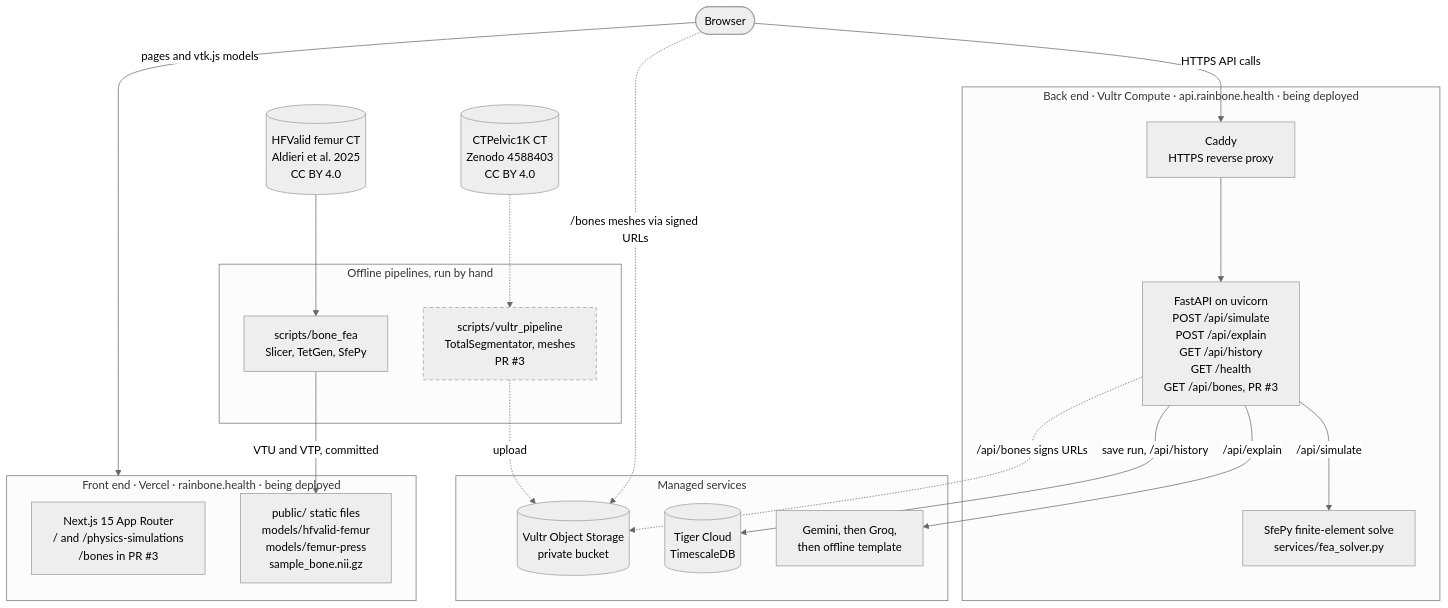
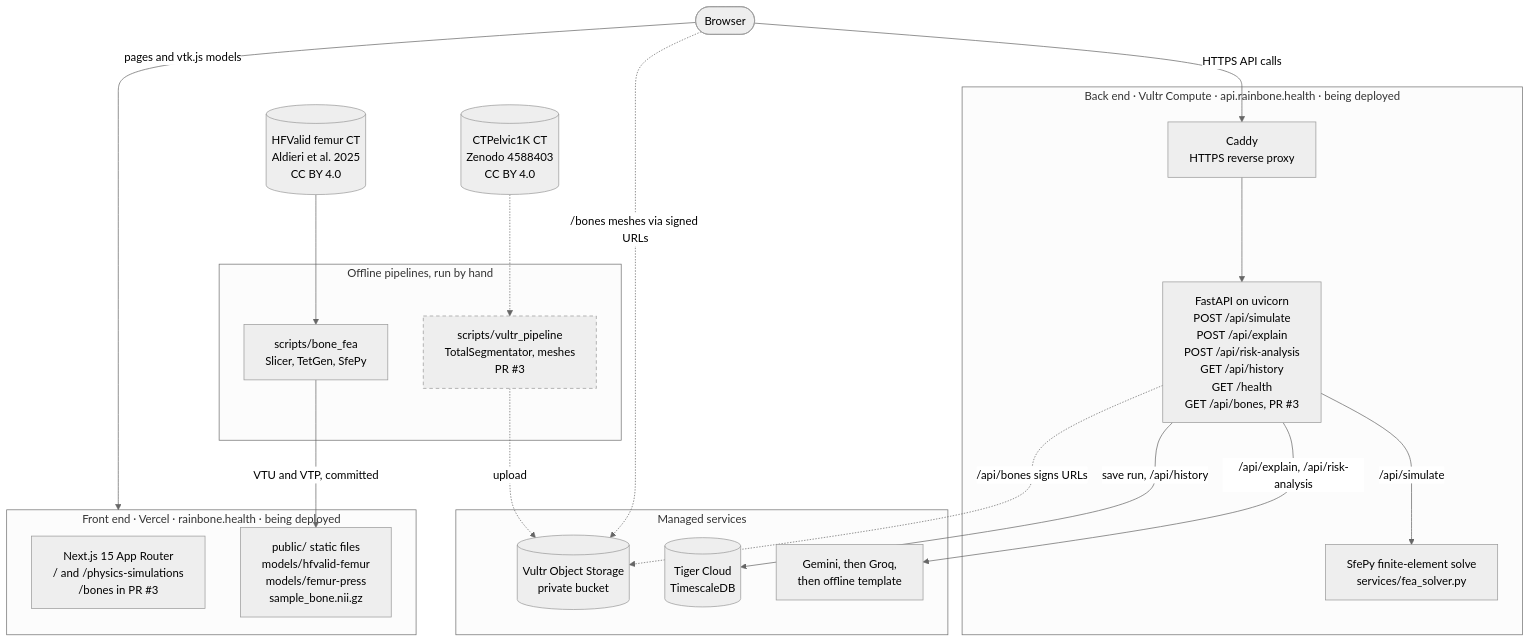
Before and after one commit to galitau/Rainbone_prod_hackthevalley11: the diagram in README.md, drawn with Mermaid (neutral theme). The commit also changed other lines of this file and 5 other files, not shown here.

````diff
--- a/README.md
+++ b/README.md
@@ -14,45 +14,45 @@
 ```mermaid
 flowchart TB
   user(["Browser"])
 
   subgraph VERCEL["Front end · Vercel · rainbone.health · being deployed"]
     next["Next.js 15 App Router<br/>/ and /physics-simulations<br/>/bones in PR #3"]
     static["public/ static files<br/>models/hfvalid-femur<br/>models/femur-press<br/>sample_bone.nii.gz"]
   end
 
   subgraph VULTR["Back end · Vultr Compute · api.rainbone.health · being deployed"]
     caddy["Caddy<br/>HTTPS reverse proxy"]
-    api["FastAPI on uvicorn<br/>POST /api/simulate<br/>POST /api/explain<br/>GET /api/history<br/>GET /health<br/>GET /api/bones, PR #3"]
+    api["FastAPI on uvicorn<br/>POST /api/simulate<br/>POST /api/explain<br/>POST /api/risk-analysis<br/>GET /api/history<br/>GET /health<br/>GET /api/bones, PR #3"]
     fea["SfePy finite-element solve<br/>services/fea_solver.py"]
     caddy --> api
     api -->|"/api/simulate"| fea
   end
 
   subgraph CLOUD["Managed services"]
     llm["Gemini, then Groq,<br/>then offline template"]
     tiger[("Tiger Cloud<br/>TimescaleDB")]
     vos[("Vultr Object Storage<br/>private bucket")]
   end
 
   subgraph OFFLINE["Offline pipelines, run by hand"]
     bonefea["scripts/bone_fea<br/>Slicer, TetGen, SfePy"]
     vpipe["scripts/vultr_pipeline<br/>TotalSegmentator, meshes<br/>PR #3"]
   end
 
   hfvalid[("HFValid femur CT<br/>Aldieri et al. 2025<br/>CC BY 4.0")]
   ctp[("CTPelvic1K CT<br/>Zenodo 4588403<br/>CC BY 4.0")]
 
   user -->|"pages and vtk.js models"| VERCEL
   user -->|"HTTPS API calls"| caddy
   user -.->|"/bones meshes via signed URLs"| vos
-  api -->|"/api/explain"| llm
+  api -->|"/api/explain, /api/risk-analysis"| llm
   api -->|"save run, /api/history"| tiger
   api -.->|"/api/bones signs URLs"| vos
   hfvalid --> bonefea
   bonefea -->|"VTU and VTP, committed"| static
   ctp -.-> vpipe
   vpipe -.->|"upload"| vos
 
   classDef pr stroke-dasharray: 5 4
   class vpipe pr
 ```
````
